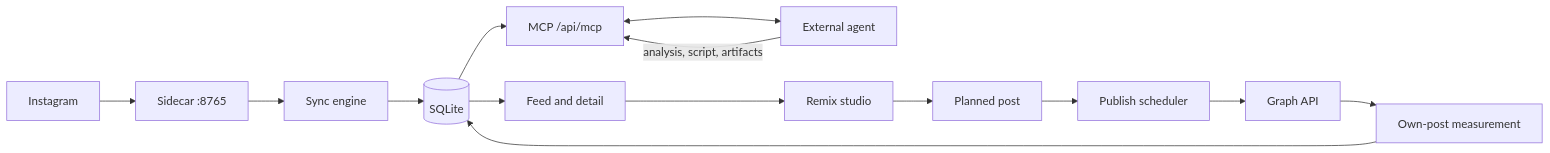
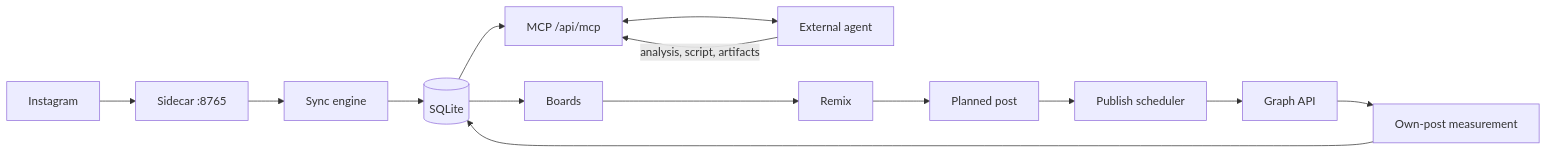
One commit to Kaiships-ai/crowsnest changed the diagram in documents/architecture/overview.md. Above: the diagram before and after it, drawn with Mermaid. The commit also changed other lines of this file and 53 other files, not shown here.

````diff
--- a/documents/architecture/overview.md
+++ b/documents/architecture/overview.md
@@ -53,16 +55,16 @@
 ```mermaid
 flowchart LR
     IG[Instagram] --> SC[Sidecar :8765]
     SC --> SYNC[Sync engine]
     SYNC --> DB[(SQLite)]
-    DB --> FEED[Feed and detail]
+    DB --> FEED[Boards]
     DB --> MCP[MCP /api/mcp]
     MCP <--> AGENT[External agent]
     AGENT -->|analysis, script, artifacts| MCP
-    FEED --> REMIX[Remix studio]
+    FEED --> REMIX[Remix]
     REMIX --> PLAN[Planned post]
     PLAN --> PUB[Publish scheduler]
     PUB --> GRAPH[Graph API]
     GRAPH --> OWN[Own-post measurement]
     OWN --> DB
 ```
````
